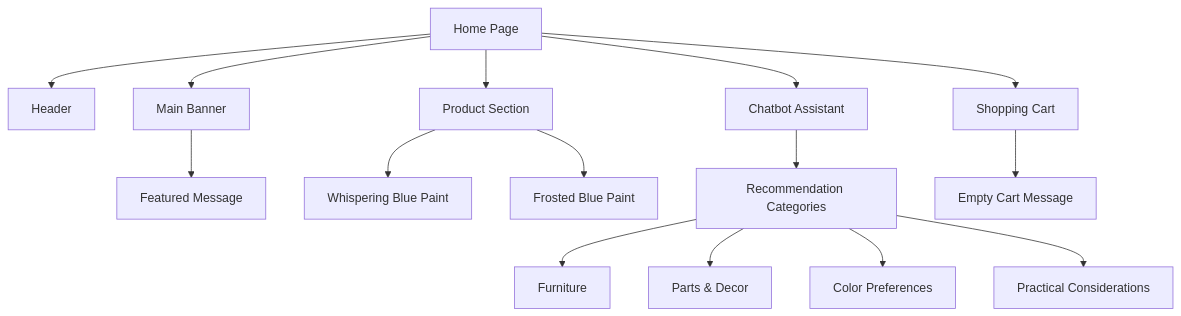
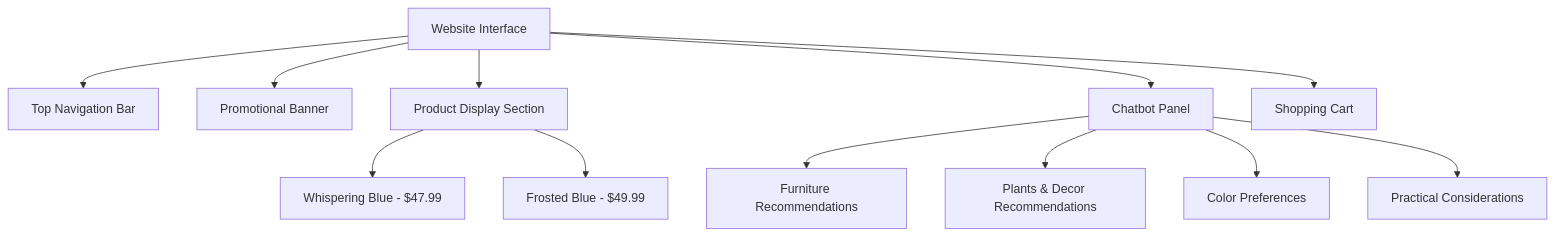
Before and after one commit to vincentgiraud/enterprise-artifacts-indexing: the diagram in tests/fixtures/generated/%2fShared+Documents%2fnew+frontend+design.png.md, drawn with Mermaid. The commit also changed other lines of this file, not shown here.

````diff
--- a/tests/fixtures/generated/%2fShared+Documents%2fnew+frontend+design.png.md
+++ b/tests/fixtures/generated/%2fShared+Documents%2fnew+frontend+design.png.md
@@ -7,18 +12,14 @@
 ```mermaid
 graph TD
-    A[Home Page]
-    A --> B[Header]
-    A --> C[Main Banner]
-    A --> D[Product Section]
-    A --> E[Chatbot Assistant]
-    A --> F[Shopping Cart]
-    C --> G[Featured Message]
-    D --> H[Whispering Blue Paint]
-    D --> I[Frosted Blue Paint]
-    E --> J[Recommendation Categories]
-    J --> K[Furniture]
-    J --> L[Parts & Decor]
-    J --> M[Color Preferences]
-    J --> N[Practical Considerations]
-    F --> O[Empty Cart Message]
+A[Website Interface] --> B[Top Navigation Bar]
+A --> C[Promotional Banner]
+A --> D[Product Display Section]
+D --> D1[Whispering Blue - $47.99]
+D --> D2[Frosted Blue - $49.99]
+A --> E[Chatbot Panel]
+E --> E1[Furniture Recommendations]
+E --> E2[Plants & Decor Recommendations]
+E --> E3[Color Preferences]
+E --> E4[Practical Considerations]
+A --> F[Shopping Cart]
 ```
````
